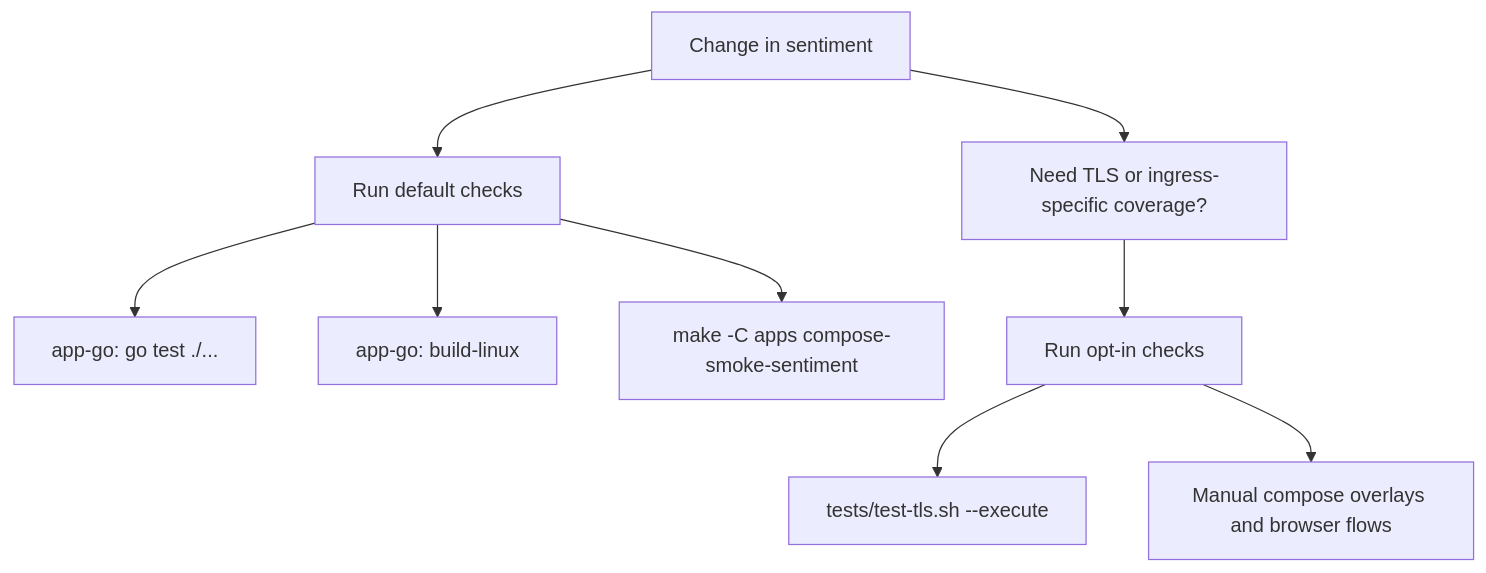
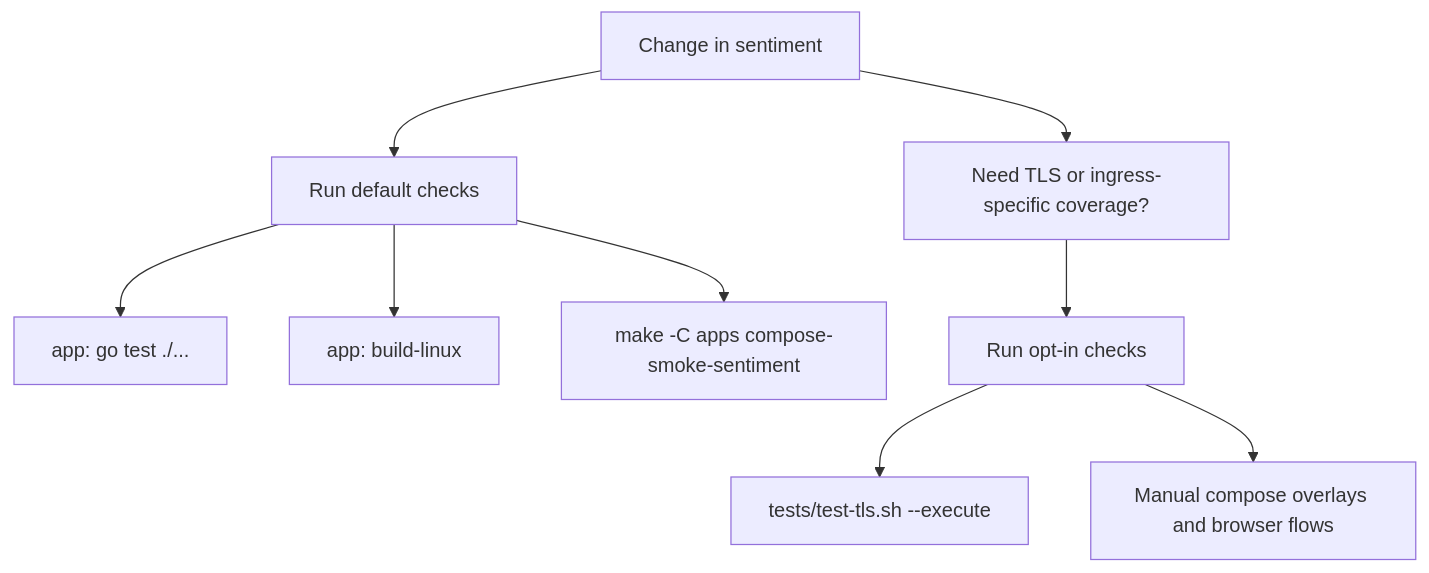
One commit to nickromney/platform changed the diagram in apps/sentiment/docs/TEST-RUNBOOK.md. Above: the diagram before and after it, drawn with Mermaid. The commit also changed other lines of this file and 161 other files, not shown here.

````diff
--- a/apps/sentiment/docs/TEST-RUNBOOK.md
+++ b/apps/sentiment/docs/TEST-RUNBOOK.md
@@ -5,11 +5,11 @@
 ```mermaid
 flowchart TD
   A["Change in sentiment"] --> B["Run default checks"]
-  B --> C["app-go: go test ./..."]
-  B --> D["app-go: build-linux"]
+  B --> C["app: go test ./..."]
+  B --> D["app: build-linux"]
   B --> E["make -C apps compose-smoke-sentiment"]
   A --> F["Need TLS or ingress-specific coverage?"]
   F --> G["Run opt-in checks"]
   G --> H["tests/test-tls.sh --execute"]
   G --> I["Manual compose overlays and browser flows"]
 ```
````
